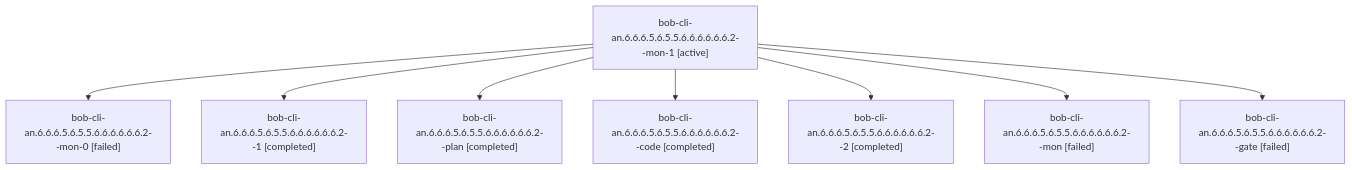
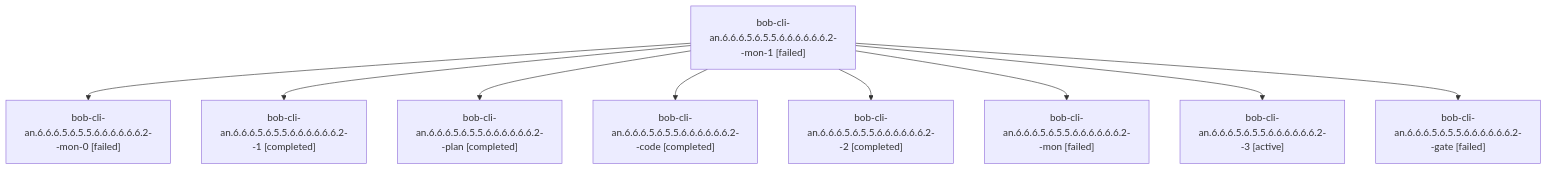
The diagram in sessions/bbugyi200.athena.bob-cli-an.6.6.6.5.6.5.5.6.6.6.6.6.6.2.md (bobs-org/bob-cli--agents), drawn with Mermaid before and after one commit. The commit also changed other lines of this file and 224 other files, not shown here.

````diff
--- a/sessions/bbugyi200.athena.bob-cli-an.6.6.6.5.6.5.5.6.6.6.6.6.6.2.md
+++ b/sessions/bbugyi200.athena.bob-cli-an.6.6.6.5.6.5.5.6.6.6.6.6.6.2.md
@@ -9,18 +9,20 @@
 ```mermaid
 flowchart TD
-  n0["bob-cli-an.6.6.6.5.6.5.5.6.6.6.6.6.6.2--mon-1 [active]"]
+  n0["bob-cli-an.6.6.6.5.6.5.5.6.6.6.6.6.6.2--mon-1 [failed]"]
   n1["bob-cli-an.6.6.6.5.6.5.5.6.6.6.6.6.6.2--mon-0 [failed]"]
   n0 --> n1
   n2["bob-cli-an.6.6.6.5.6.5.5.6.6.6.6.6.6.2--1 [completed]"]
   n0 --> n2
   n3["bob-cli-an.6.6.6.5.6.5.5.6.6.6.6.6.6.2--plan [completed]"]
   n0 --> n3
   n4["bob-cli-an.6.6.6.5.6.5.5.6.6.6.6.6.6.2--code [completed]"]
   n0 --> n4
   n5["bob-cli-an.6.6.6.5.6.5.5.6.6.6.6.6.6.2--2 [completed]"]
   n0 --> n5
   n6["bob-cli-an.6.6.6.5.6.5.5.6.6.6.6.6.6.2--mon [failed]"]
   n0 --> n6
-  n7["bob-cli-an.6.6.6.5.6.5.5.6.6.6.6.6.6.2--gate [failed]"]
+  n7["bob-cli-an.6.6.6.5.6.5.5.6.6.6.6.6.6.2--3 [active]"]
   n0 --> n7
+  n8["bob-cli-an.6.6.6.5.6.5.5.6.6.6.6.6.6.2--gate [failed]"]
+  n0 --> n8
 ```
````
